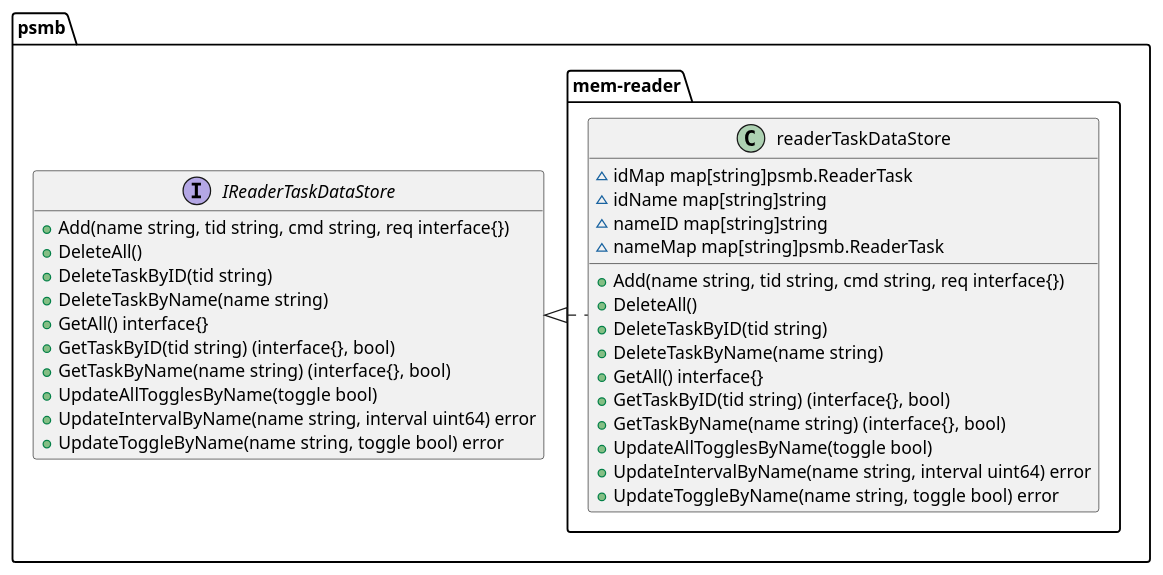
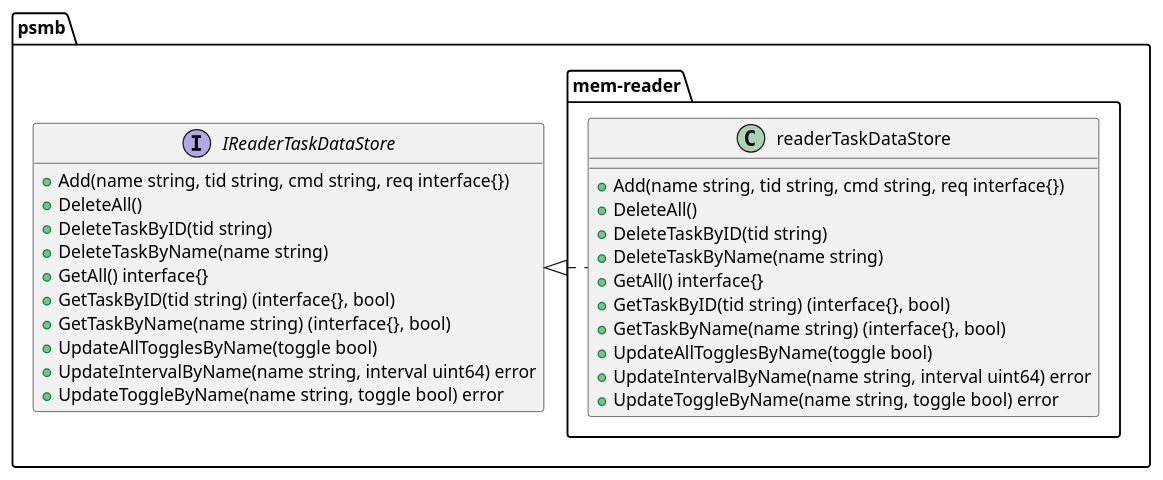
One commit to taka-wang/puml changed the diagram in mem-reader.puml. Above: the diagram before and after it, drawn with PlantUML. The commit also changed 2 other files, not shown here.

```diff
--- a/mem-reader.puml
+++ b/mem-reader.puml
@@ -1,39 +1,35 @@
 @startuml
 
 set namespaceSeparator /
 
 class psmb/mem-reader/readerTaskDataStore {
-    ~idMap map[string]psmb.ReaderTask
-    ~idName map[string]string
-    ~nameID map[string]string
-    ~nameMap map[string]psmb.ReaderTask
     +Add(name string, tid string, cmd string, req interface{})
     +DeleteAll()
     +DeleteTaskByID(tid string)
     +DeleteTaskByName(name string)
     +GetAll() interface{}
     +GetTaskByID(tid string) (interface{}, bool)
     +GetTaskByName(name string) (interface{}, bool)
     +UpdateAllTogglesByName(toggle bool)
     +UpdateIntervalByName(name string, interval uint64) error
     +UpdateToggleByName(name string, toggle bool) error
 }
 
 interface psmb/IReaderTaskDataStore {
     +Add(name string, tid string, cmd string, req interface{})
     +DeleteAll()
     +DeleteTaskByID(tid string)
     +DeleteTaskByName(name string)
     +GetAll() interface{}
     +GetTaskByID(tid string) (interface{}, bool)
     +GetTaskByName(name string) (interface{}, bool)
     +UpdateAllTogglesByName(toggle bool)
     +UpdateIntervalByName(name string, interval uint64) error
     +UpdateToggleByName(name string, toggle bool) error
 }
 
 "psmb/IReaderTaskDataStore" <|. "psmb/mem-reader/readerTaskDataStore"
 
 hide interface fields
 
 @enduml
```
